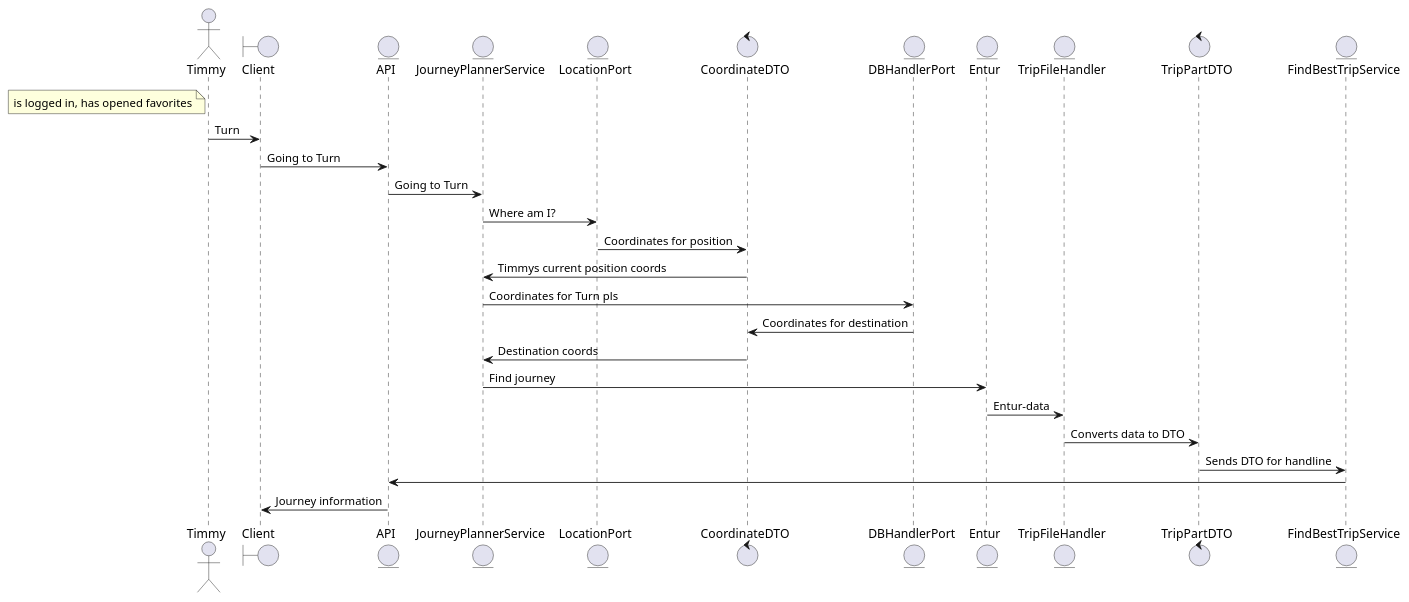
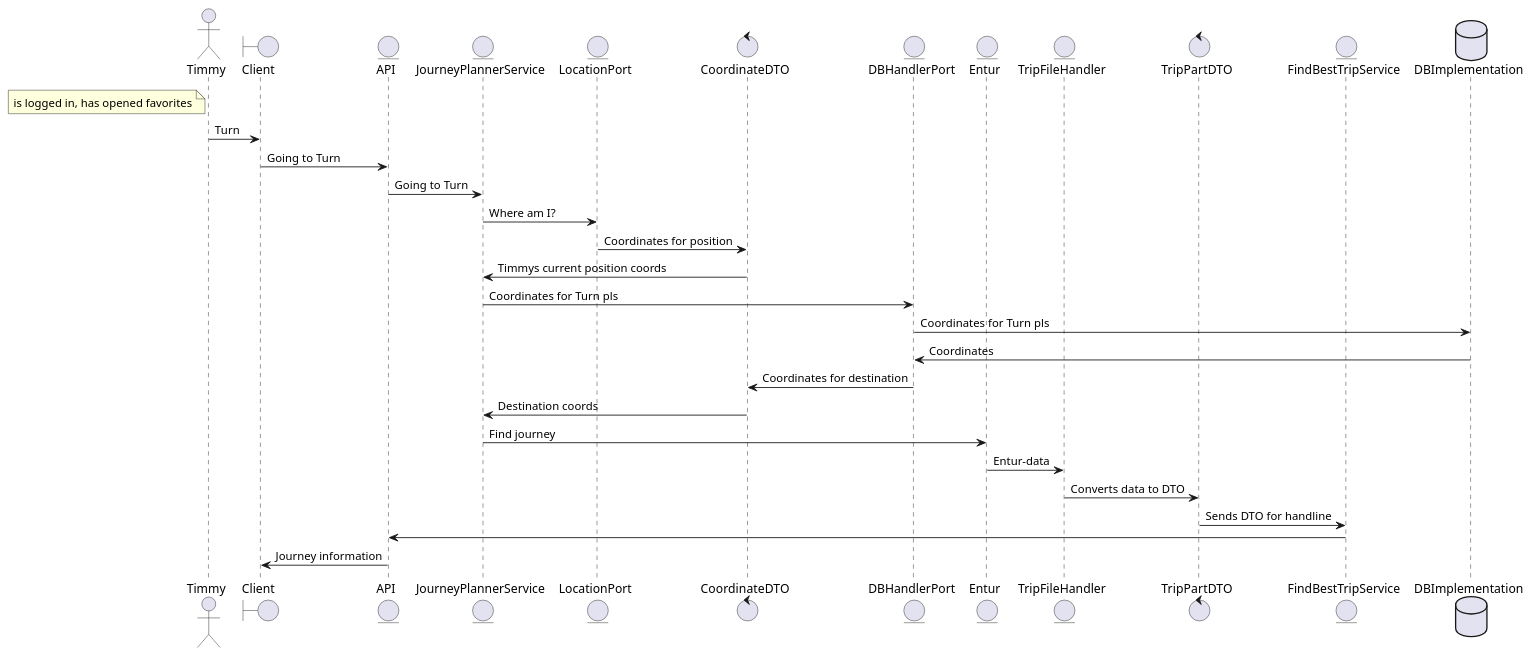
Before and after one commit to ditmann/Software-Gruppe-2: the diagram in PlantUML/timmyMottarDestinasjonFraMor.puml, drawn with PlantUML. The commit also changed 1 other file, not shown here.

```diff
--- a/PlantUML/timmyMottarDestinasjonFraMor.puml
+++ b/PlantUML/timmyMottarDestinasjonFraMor.puml
@@ -1,41 +1,44 @@
 @startuml
 'https://plantuml.com/sequence-diagram
 
 actor Timmy
 boundary Client
 entity API
 entity JourneyPlannerService as jps
 entity LocationPort
 control CoordinateDTO as cdto
 entity DBHandlerPort as dbh
 entity Entur
 entity TripFileHandler
 control TripPartDTO as tpdto
 entity FindBestTripService as bts
+database DBImplementation as dbi
 
 
 '------------'
 
 note left of Timmy: is logged in, has opened favorites
 Timmy -> Client: Turn
 
 Client -> API: Going to Turn
 API -> jps: Going to Turn
 
 jps -> LocationPort: Where am I?
 LocationPort -> cdto: Coordinates for position
 cdto -> jps: Timmys current position coords
 
 jps -> dbh: Coordinates for Turn pls
+dbh -> dbi: Coordinates for Turn pls
+dbi -> dbh: Coordinates
 dbh -> cdto: Coordinates for destination
 cdto -> jps: Destination coords
 
 jps -> Entur: Find journey
 Entur -> TripFileHandler: Entur-data
 TripFileHandler -> tpdto: Converts data to DTO
 tpdto -> bts: Sends DTO for handline
 bts -> API
 API -> Client: Journey information
 
 
 @enduml
```
